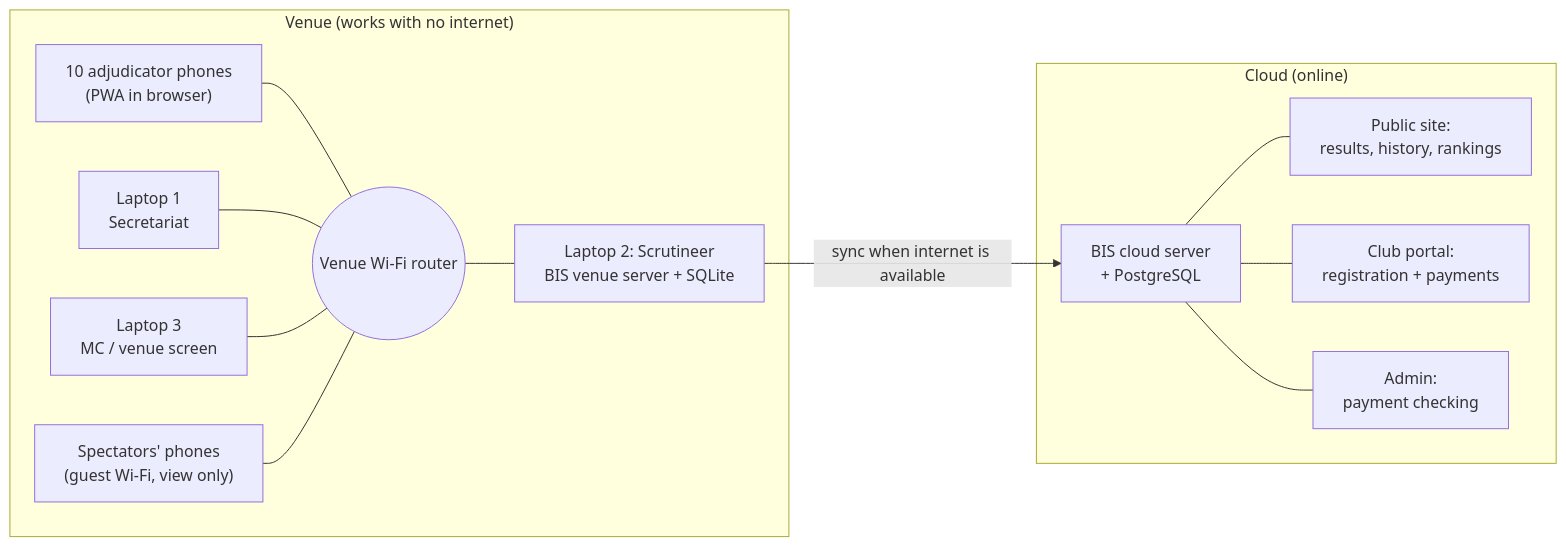
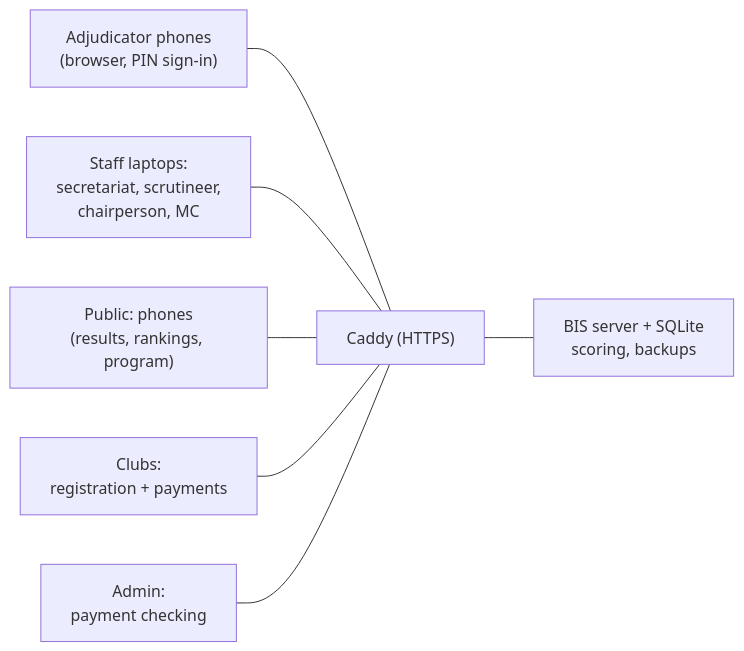
One commit to tuf-fi/Scrutineering-Dancesport-System changed the first of 2 diagrams in BUILD_README.md. Above: the diagram before and after it, drawn with Mermaid. The commit also changed other lines of this file and 21 other files, not shown here.

First line of the commit message:
Rewrite the docs, guides and rehearsal for an online-only system

````diff
--- a/BUILD_README.md
+++ b/BUILD_README.md
@@ -39,26 +30,16 @@
 ```mermaid
 flowchart LR
-  subgraph Venue["Venue (works with no internet)"]
-    P["10 adjudicator phones<br/>(PWA in browser)"]
-    L1["Laptop 1<br/>Secretariat"]
-    L3["Laptop 3<br/>MC / venue screen"]
-    R(("Venue Wi-Fi router"))
-    L2["Laptop 2: Scrutineer<br/>BIS venue server + SQLite"]
-    S["Spectators' phones<br/>(guest Wi-Fi, view only)"]
-    P --- R
-    L1 --- R
-    L3 --- R
-    S --- R
-    R --- L2
-  end
-  subgraph Cloud["Cloud (online)"]
-    C["BIS cloud server<br/>+ PostgreSQL"]
-    W["Public site:<br/>results, history, rankings"]
-    G["Club portal:<br/>registration + payments"]
-    A["Admin:<br/>payment checking"]
-  end
-  L2 -- "sync when internet is available" --> C
-  C --- W
-  C --- G
-  C --- A
+  P["Adjudicator phones<br/>(browser, PIN sign-in)"]
+  L["Staff laptops:<br/>secretariat, scrutineer,<br/>chairperson, MC"]
+  S["Public: phones<br/>(results, rankings, program)"]
+  G["Clubs:<br/>registration + payments"]
+  A["Admin:<br/>payment checking"]
+  C["Caddy (HTTPS)"]
+  B["BIS server + SQLite<br/>scoring, backups"]
+  P --- C
+  L --- C
+  S --- C
+  G --- C
+  A --- C
+  C --- B
 ```
````
